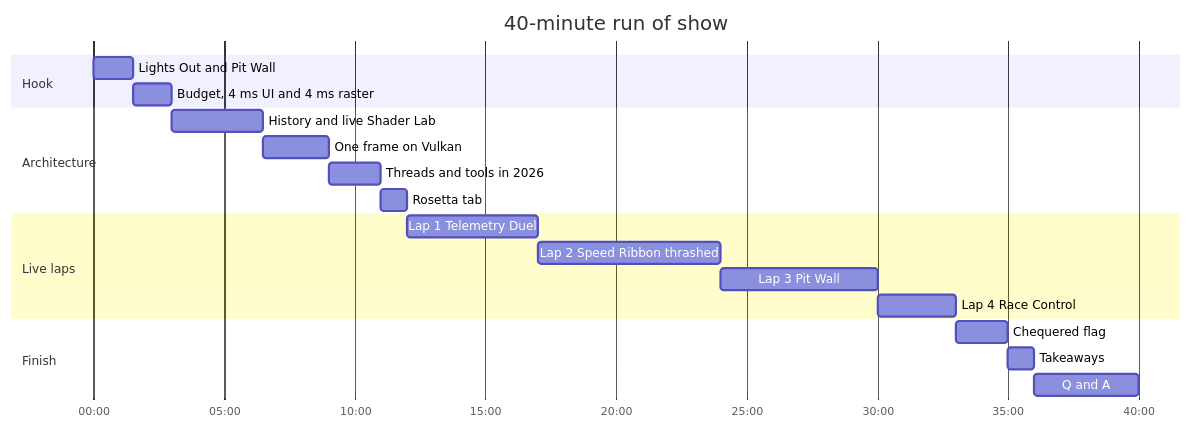
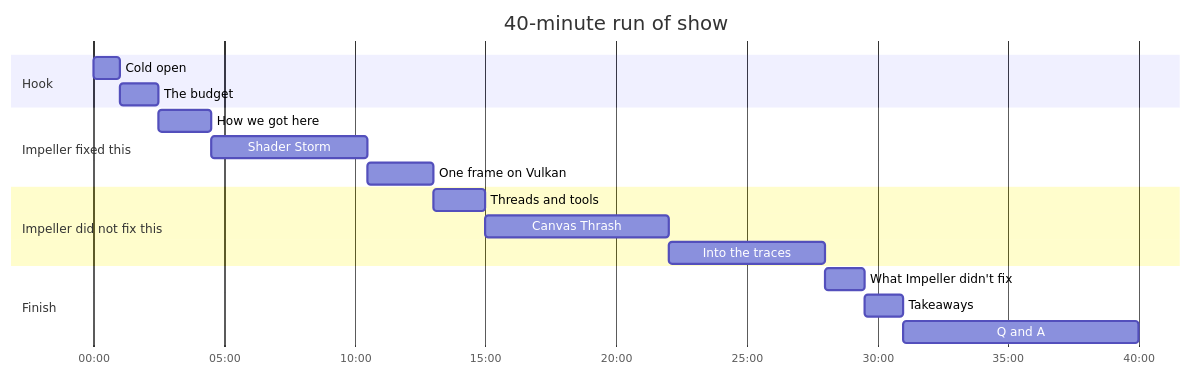
Before and after one commit to cm-collins/fluttercon-demo-app: the second of 2 diagrams in docs/talk/talk-outline.md, drawn with Mermaid. The commit also changed other lines of this file and 8 other files, not shown here.

First line of the commit message:
📝 docs(talk): fill the talk with Canvas Thrash measurements

````diff
--- a/docs/talk/talk-outline.md
+++ b/docs/talk/talk-outline.md
@@ -49,23 +48,21 @@
 ```mermaid
 gantt
     title 40-minute run of show
     dateFormat mm:ss
     axisFormat %M:%S
     section Hook
-    Lights Out and Pit Wall           :h1, 00:00, 90s
-    Budget, 4 ms UI and 4 ms raster   :h2, after h1, 90s
-    section Architecture
-    History and live Shader Lab       :a1, after h2, 210s
-    One frame on Vulkan               :a2, after a1, 150s
-    Threads and tools in 2026         :a3, after a2, 2m
-    Rosetta tab                       :a4, after a3, 1m
-    section Live laps
-    Lap 1 Telemetry Duel              :l1, after a4, 5m
-    Lap 2 Speed Ribbon thrashed       :l2, after l1, 7m
-    Lap 3 Pit Wall                    :l3, after l2, 6m
-    Lap 4 Race Control                :l4, after l3, 3m
+    Cold open                     :h1, 00:00, 1m
+    The budget                    :h2, after h1, 90s
+    section Impeller fixed this
+    How we got here               :a1, after h2, 2m
+    Shader Storm                  :a2, after a1, 6m
+    One frame on Vulkan           :a3, after a2, 150s
+    section Impeller did not fix this
+    Threads and tools             :b1, after a3, 2m
+    Canvas Thrash                 :b2, after b1, 7m
+    Into the traces               :b3, after b2, 6m
     section Finish
-    Chequered flag                    :f1, after l4, 2m
-    Takeaways                         :f2, after f1, 1m
-    Q and A                           :f3, after f2, 4m
+    What Impeller didn't fix      :f1, after b3, 90s
+    Takeaways                     :f2, after f1, 90s
+    Q and A                       :f3, after f2, 9m
 ```
````
